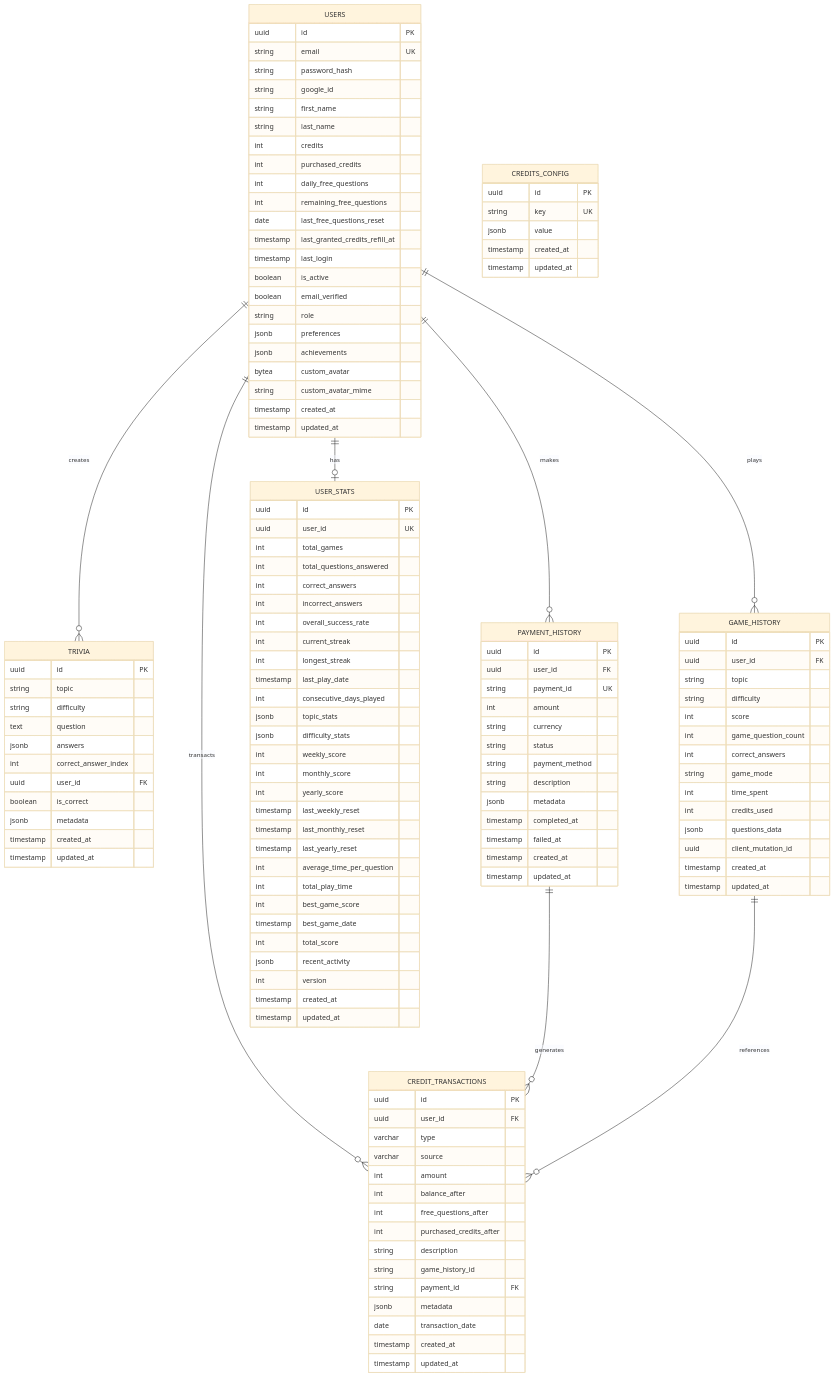
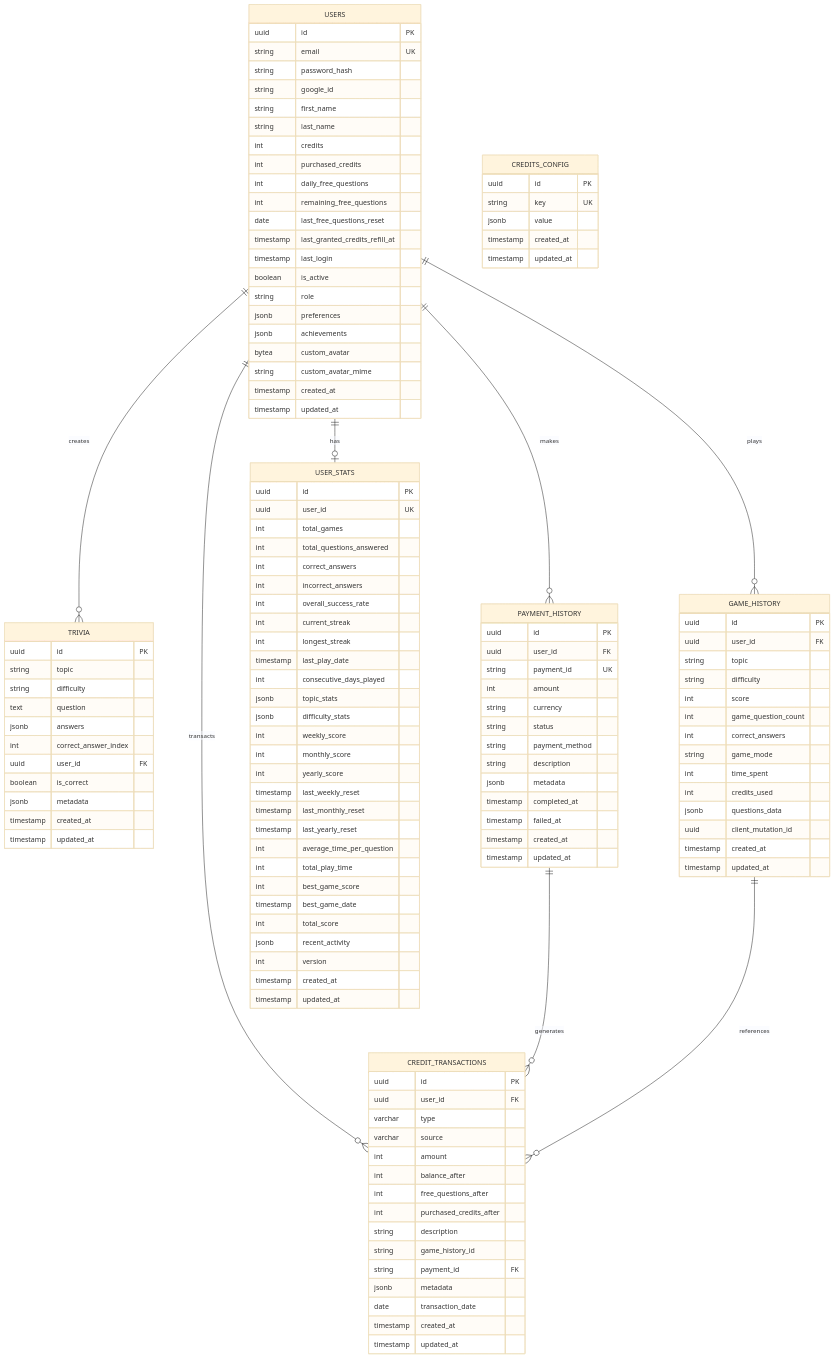
Before and after one commit to IsraelRub/EveryTriv: the eighth of 31 diagrams in docs/DIAGRAMS.md, drawn with Mermaid (base theme). The commit also changed 320 other files, not shown here.

```diff
--- a/docs/DIAGRAMS.md
+++ b/docs/DIAGRAMS.md
@@ -630,7 +630,6 @@
         timestamp last_granted_credits_refill_at
         timestamp last_login
         boolean is_active
-        boolean email_verified
         string role
         jsonb preferences
         jsonb achievements
```
